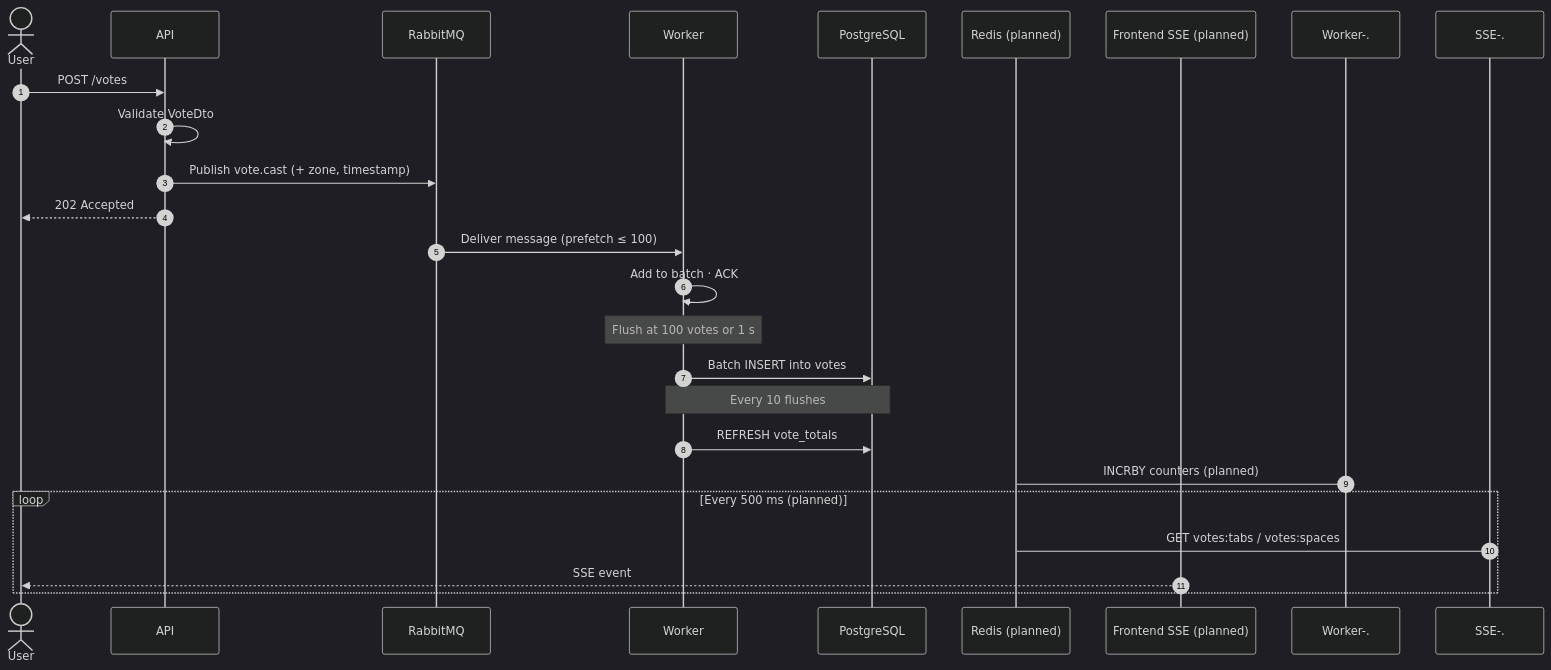
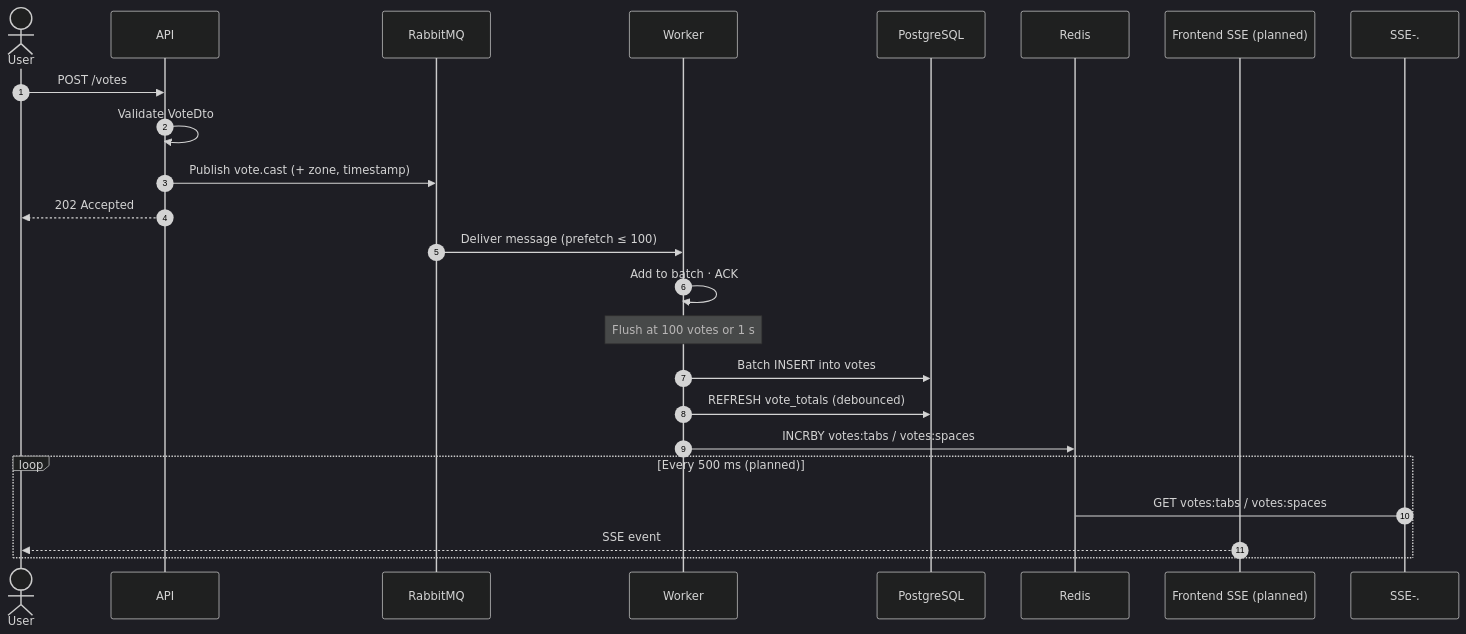
One commit to ahamedzoha/tabs-vs-spaces changed the third of 5 diagrams in README.md. Above: the diagram before and after it, drawn with Mermaid (dark theme). The commit also changed other lines of this file and 7 other files, not shown here.

Commit message:
Add Redis integration in worker, update README for implementation status, and enhance Docker Compose with Redis service

````diff
--- a/README.md
+++ b/README.md
@@ -674,29 +705,27 @@
 ```mermaid
 sequenceDiagram
     autonumber
     actor User
     participant API
     participant RabbitMQ
     participant Worker
     participant PostgreSQL
 
     User->>API: POST /votes
     API->>API: Validate VoteDto
     API->>RabbitMQ: Publish vote.cast (+ zone, timestamp)
     API-->>User: 202 Accepted
 
     RabbitMQ->>Worker: Deliver message (prefetch ≤ 100)
     Worker->>Worker: Add to batch · ACK
     Note over Worker: Flush at 100 votes or 1 s
     Worker->>PostgreSQL: Batch INSERT into votes
-    Note over Worker,PostgreSQL: Every 10 flushes
-    Worker->>PostgreSQL: REFRESH vote_totals
+    Worker->>PostgreSQL: REFRESH vote_totals (debounced)
+    Worker->>Redis: INCRBY votes:tabs / votes:spaces
 
-    participant Redis as Redis (planned)
     participant SSE as Frontend SSE (planned)
-    Worker-.->Redis: INCRBY counters (planned)
     loop Every 500 ms (planned)
         SSE-.->Redis: GET votes:tabs / votes:spaces
         SSE-->>User: SSE event
     end
 ```
````
